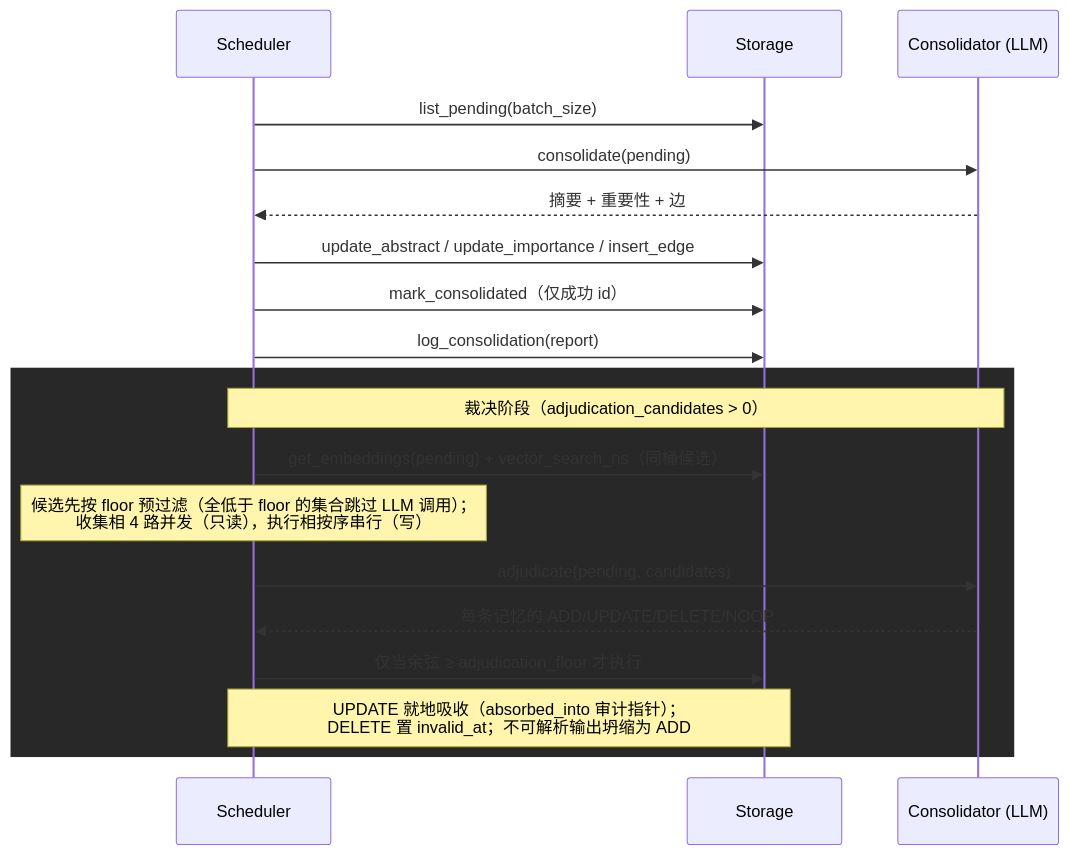
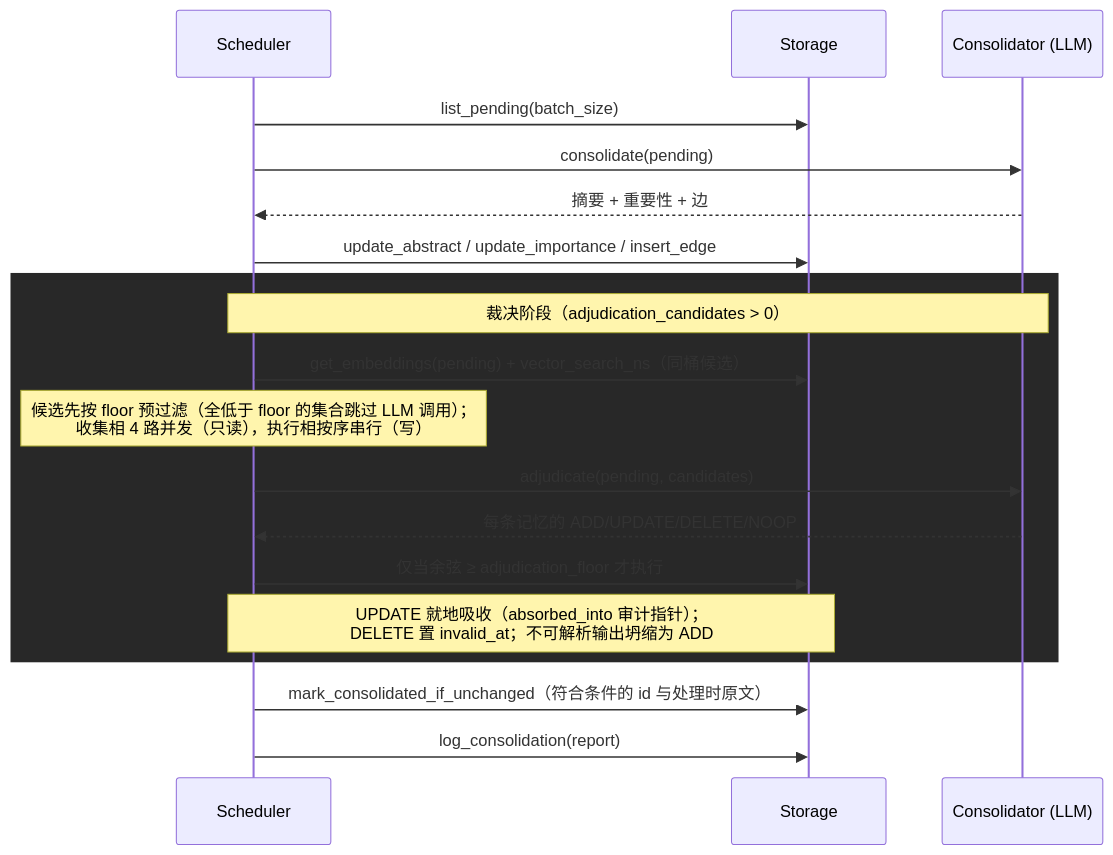
One commit to TtTRz/MerkurDB changed the fifth of 5 diagrams in docs/ARCHITECTURE_CN.md. Above: the diagram before and after it, drawn with Mermaid. The commit also changed other lines of this file and 11 other files, not shown here.

````diff
--- a/docs/ARCHITECTURE_CN.md
+++ b/docs/ARCHITECTURE_CN.md
@@ -135,22 +153,22 @@
 ```mermaid
 sequenceDiagram
     participant S as Scheduler
     participant D as Storage
     participant L as Consolidator (LLM)
 
     S->>D: list_pending(batch_size)
     S->>L: consolidate(pending)
     L-->>S: 摘要 + 重要性 + 边
     S->>D: update_abstract / update_importance / insert_edge
-    S->>D: mark_consolidated（仅成功 id）
-    S->>D: log_consolidation(report)
     rect rgb(40, 40, 40)
         Note over S,L: 裁决阶段（adjudication_candidates > 0）
         S->>D: get_embeddings(pending) + vector_search_ns（同桶候选）
         Note over S: 候选先按 floor 预过滤（全低于 floor 的集合跳过 LLM 调用）；<br/>收集相 4 路并发（只读），执行相按序串行（写）
         S->>L: adjudicate(pending, candidates)
         L-->>S: 每条记忆的 ADD/UPDATE/DELETE/NOOP
         S->>D: 仅当余弦 ≥ adjudication_floor 才执行
         Note over S,D: UPDATE 就地吸收（absorbed_into 审计指针）；<br/>DELETE 置 invalid_at；不可解析输出坍缩为 ADD
     end
+    S->>D: mark_consolidated_if_unchanged（符合条件的 id 与处理时原文）
+    S->>D: log_consolidation(report)
 ```
````
